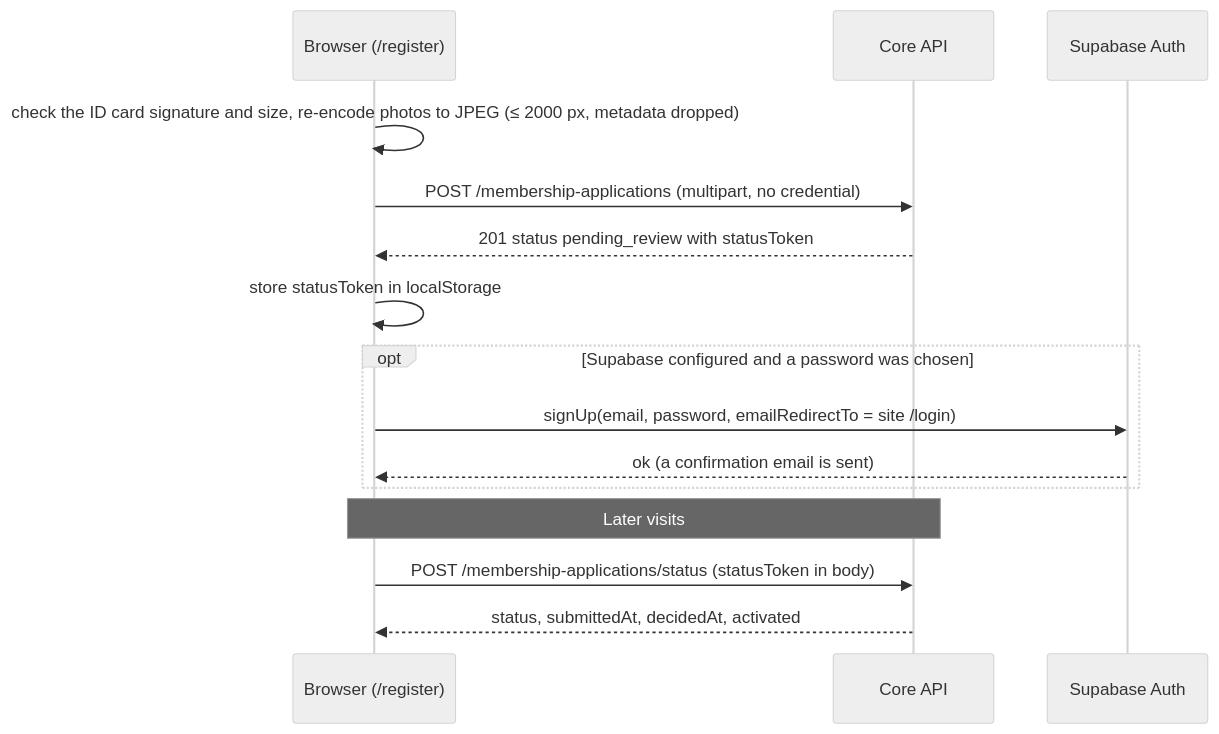
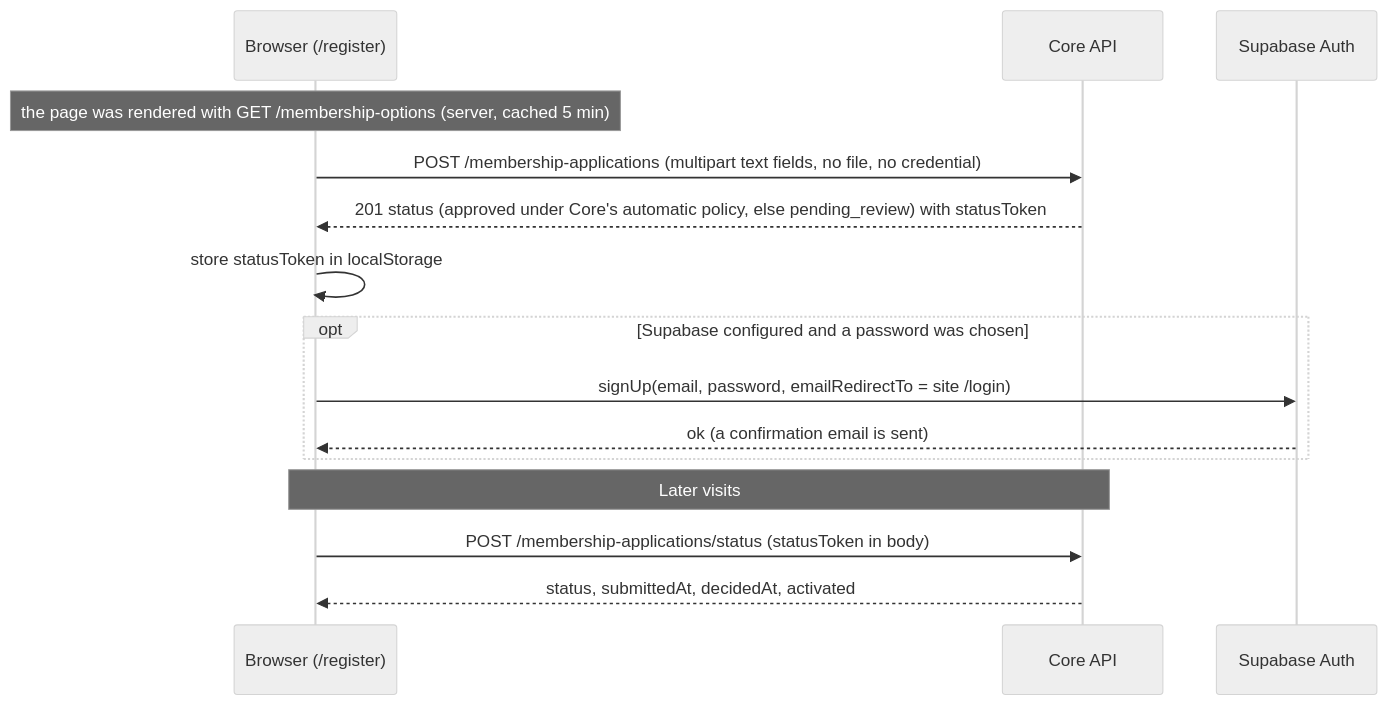
The second of 2 diagrams in docs/explanation/workflows.md (EngCrafters/essqu-web), drawn with Mermaid (neutral theme) before and after one commit. The commit also changed other lines of this file and 36 other files, not shown here.

````diff
--- a/docs/explanation/workflows.md
+++ b/docs/explanation/workflows.md
@@ -91,17 +91,17 @@
 ```mermaid
 sequenceDiagram
   participant B as Browser (/register)
   participant C as Core API
   participant A as Supabase Auth
-  B->>B: check the ID card signature and size, re-encode photos to JPEG (≤ 2000 px, metadata dropped)
-  B->>C: POST /membership-applications (multipart, no credential)
-  C-->>B: 201 status pending_review with statusToken
+  Note over B: the page was rendered with GET /membership-options (server, cached 5 min)
+  B->>C: POST /membership-applications (multipart text fields, no file, no credential)
+  C-->>B: 201 status (approved under Core's automatic policy, else pending_review) with statusToken
   B->>B: store statusToken in localStorage
   opt Supabase configured and a password was chosen
     B->>A: signUp(email, password, emailRedirectTo = site /login)
     A-->>B: ok (a confirmation email is sent)
   end
   Note over B,C: Later visits
   B->>C: POST /membership-applications/status (statusToken in body)
   C-->>B: status, submittedAt, decidedAt, activated
 ```
````
